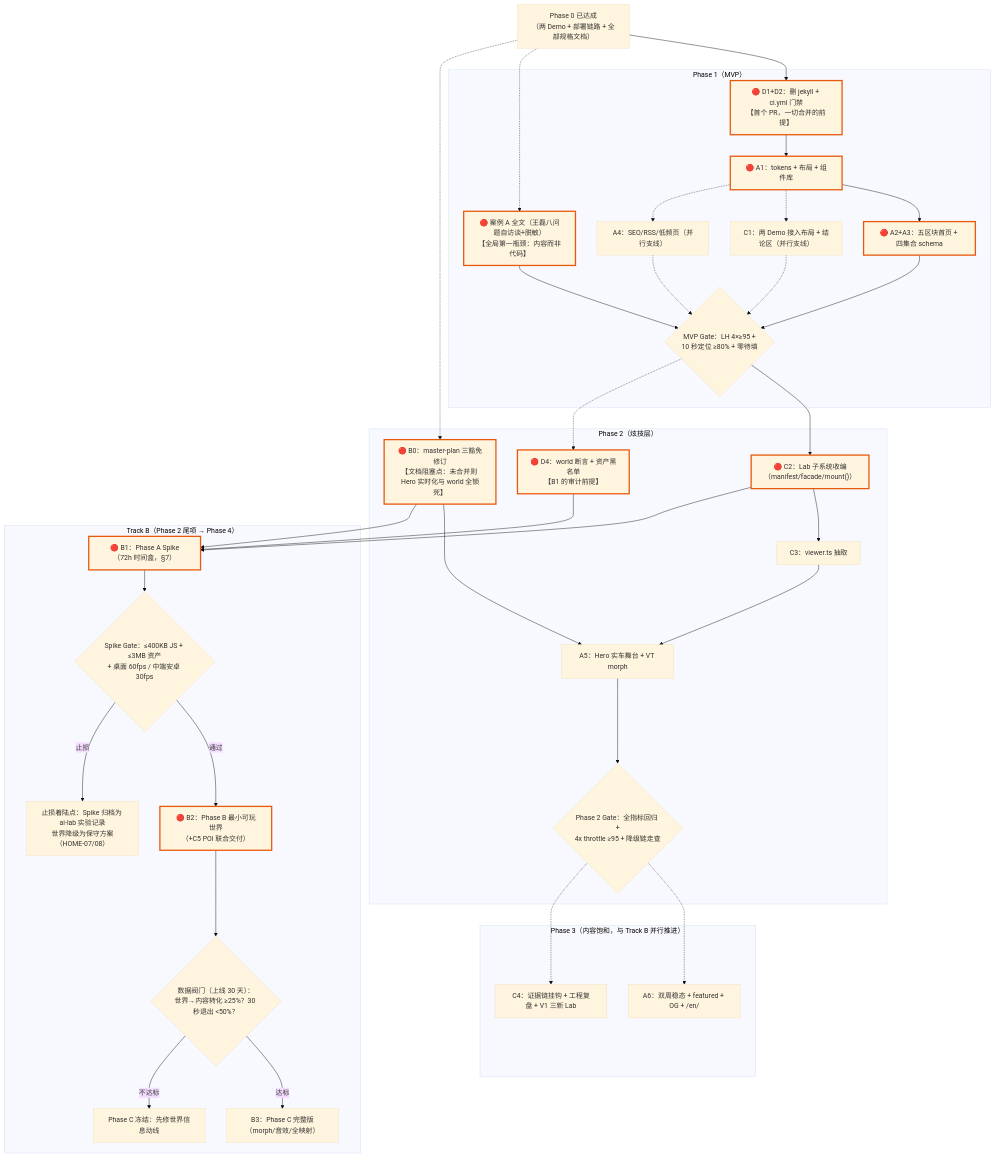
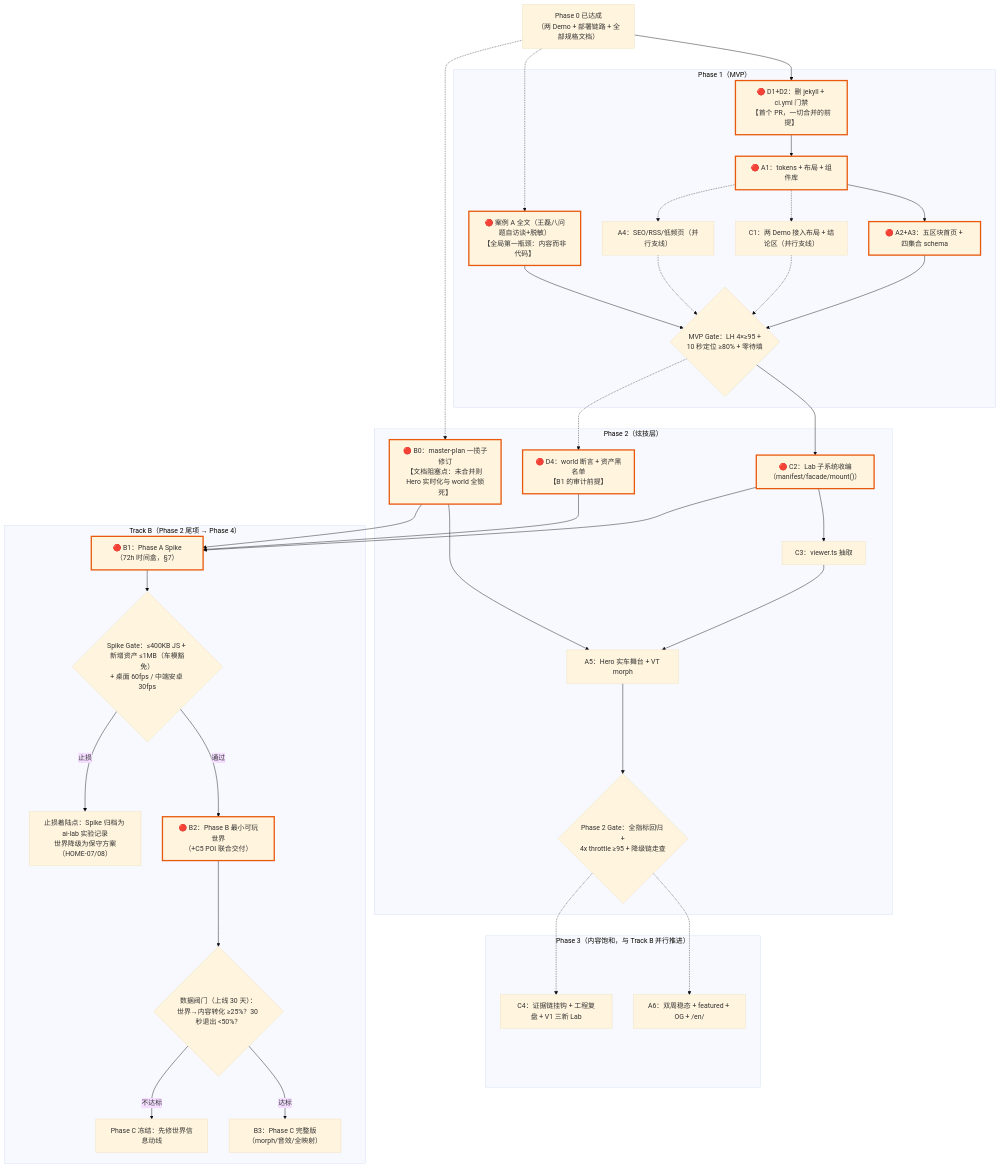
Before and after one commit to rayw-lab/website: the third of 3 diagrams in docs/spec/implementation-roadmap-birdseye.md, drawn with Mermaid (base theme). The commit also changed other lines of this file and 6 other files, not shown here.

Commit message:
docs(spec): P0 审计修订——12模块单源、Spike门禁、thesis/RSS、master-plan 同步

````diff
--- a/docs/spec/implementation-roadmap-birdseye.md
+++ b/docs/spec/implementation-roadmap-birdseye.md
@@ -297,68 +297,68 @@
 ```mermaid
 flowchart TD
     P0["Phase 0 已达成<br/>（两 Demo + 部署链路 + 全部规格文档）"]
 
     subgraph PH1["Phase 1（MVP）"]
         D12["🔴 D1+D2：删 jekyll + ci.yml 门禁<br/>【首个 PR，一切合并的前提】"]
         A1["🔴 A1：tokens + 布局 + 组件库"]
         A23["🔴 A2+A3：五区块首页 + 四集合 schema"]
         CONTENT["🔴 案例 A 全文（王磊八问题自访谈+脱敏）<br/>【全局第一瓶颈：内容而非代码】"]
         C1["C1：两 Demo 接入布局 + 结论区（并行支线）"]
         A4["A4：SEO/RSS/低频页（并行支线）"]
         MVPGATE{"MVP Gate：LH 4×≥95 +<br/>10 秒定位 ≥80% + 零待填"}
     end
 
     subgraph PH2["Phase 2（炫技层）"]
-        B0["🔴 B0：master-plan 三豁免修订<br/>【文档阻塞点：未合并则 Hero 实时化与 world 全锁死】"]
+        B0["🔴 B0：master-plan 一揽子修订<br/>【文档阻塞点：未合并则 Hero 实时化与 world 全锁死】"]
         C2["🔴 C2：Lab 子系统收编<br/>（manifest/facade/mount()）"]
         C3["C3：viewer.ts 抽取"]
         A5["A5：Hero 实车舞台 + VT morph"]
         D4["🔴 D4：world 断言 + 资产黑名单<br/>【B1 的审计前提】"]
         P2GATE{"Phase 2 Gate：全指标回归 +<br/>4x throttle ≥95 + 降级链走查"}
     end
 
     subgraph PH3["Phase 3（内容饱和，与 Track B 并行推进）"]
         A6["A6：双周稳态 + featured + OG + /en/"]
         C4["C4：证据链挂钩 + 工程复盘 + V1 三新 Lab"]
     end
 
     subgraph TRACKB["Track B（Phase 2 尾项 → Phase 4）"]
         B1["🔴 B1：Phase A Spike（72h 时间盒，§7）"]
-        SPIKEGATE{"Spike Gate：≤400KB JS + ≤3MB 资产<br/>+ 桌面 60fps / 中端安卓 30fps"}
+        SPIKEGATE{"Spike Gate：≤400KB JS + 新增资产 ≤1MB（车模豁免）<br/>+ 桌面 60fps / 中端安卓 30fps"}
         B2["🔴 B2：Phase B 最小可玩世界<br/>（+C5 POI 联合交付）"]
         VALVE{"数据阀门（上线 30 天）：<br/>世界→内容转化 ≥25%？30 秒退出 &lt;50%？"}
         B3["B3：Phase C 完整版（morph/音效/全映射）"]
         ARCHIVE["止损着陆点：Spike 归档为 ai-lab 实验记录<br/>世界降级为保守方案（HOME-07/08）"]
         FREEZE["Phase C 冻结：先修世界信息动线"]
     end
 
     P0 --> D12 --> A1 --> A23 --> MVPGATE
     P0 -.-> CONTENT --> MVPGATE
     A1 -.-> C1 -.-> MVPGATE
     A1 -.-> A4 -.-> MVPGATE
     P0 -.-> B0
     MVPGATE --> C2 --> C3 --> A5 --> P2GATE
     B0 --> A5
     MVPGATE -.-> D4
     P2GATE -.-> A6
     P2GATE -.-> C4
     C2 --> B1
     B0 --> B1
     D4 --> B1
     B1 --> SPIKEGATE
     SPIKEGATE -->|通过| B2
     SPIKEGATE -->|止损| ARCHIVE
     B2 --> VALVE
     VALVE -->|达标| B3
     VALVE -->|不达标| FREEZE
 
     style D12 stroke:#E8590C,stroke-width:3px
     style A1 stroke:#E8590C,stroke-width:3px
     style A23 stroke:#E8590C,stroke-width:3px
     style CONTENT stroke:#E8590C,stroke-width:3px
     style B0 stroke:#E8590C,stroke-width:3px
     style C2 stroke:#E8590C,stroke-width:3px
     style D4 stroke:#E8590C,stroke-width:3px
     style B1 stroke:#E8590C,stroke-width:3px
     style B2 stroke:#E8590C,stroke-width:3px
 ```
````
